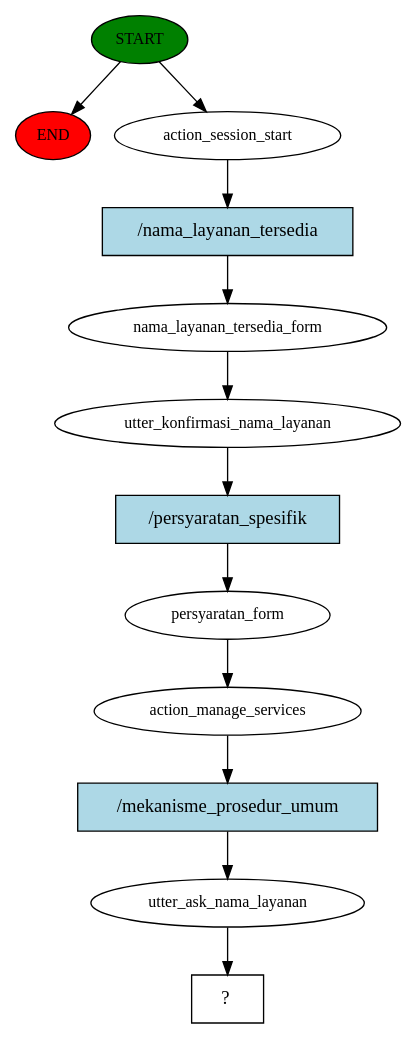
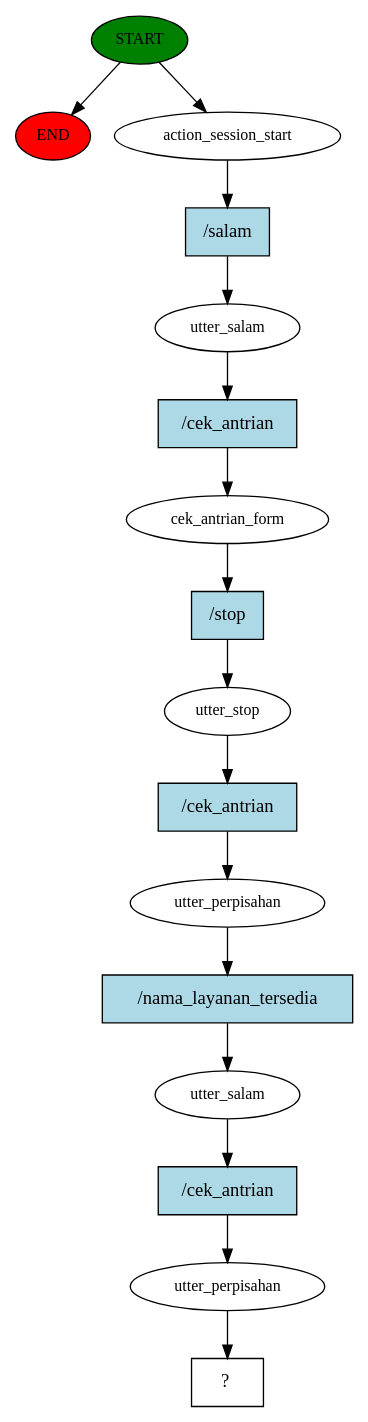
Before and after one commit to Fadlar/bot: the diagram in story_graph.dot, drawn with Graphviz. The commit also changed 10 other files, not shown here.

```diff
--- a/story_graph.dot
+++ b/story_graph.dot
@@ -1,25 +1,33 @@
 digraph  {
 0 [class="start active", fillcolor=green, fontsize=12, label=START, style=filled];
 "-1" [class=end, fillcolor=red, fontsize=12, label=END, style=filled];
 1 [class=active, fontsize=12, label=action_session_start];
-2 [class=active, fontsize=12, label=nama_layanan_tersedia_form];
-3 [class=active, fontsize=12, label=utter_konfirmasi_nama_layanan];
-4 [class=active, fontsize=12, label=persyaratan_form];
-5 [class=active, fontsize=12, label=action_manage_services];
-6 [class=active, fontsize=12, label=utter_ask_nama_layanan];
-7 [class="intent dashed active", label="  ?  ", shape=rect];
-8 [class="intent active", fillcolor=lightblue, label="/nama_layanan_tersedia", shape=rect, style=filled];
-9 [class="intent active", fillcolor=lightblue, label="/persyaratan_spesifik", shape=rect, style=filled];
-10 [class="intent active", fillcolor=lightblue, label="/mekanisme_prosedur_umum", shape=rect, style=filled];
+2 [class=active, fontsize=12, label=utter_salam];
+3 [class=active, fontsize=12, label=cek_antrian_form];
+4 [class=active, fontsize=12, label=utter_stop];
+5 [class=active, fontsize=12, label=utter_perpisahan];
+6 [class=active, fontsize=12, label=utter_salam];
+7 [class=active, fontsize=12, label=utter_perpisahan];
+8 [class="intent dashed active", label="  ?  ", shape=rect];
+9 [class="intent active", fillcolor=lightblue, label="/salam", shape=rect, style=filled];
+10 [class="intent active", fillcolor=lightblue, label="/cek_antrian", shape=rect, style=filled];
+11 [class="intent active", fillcolor=lightblue, label="/stop", shape=rect, style=filled];
+12 [class="intent active", fillcolor=lightblue, label="/cek_antrian", shape=rect, style=filled];
+13 [class="intent active", fillcolor=lightblue, label="/nama_layanan_tersedia", shape=rect, style=filled];
+14 [class="intent active", fillcolor=lightblue, label="/cek_antrian", shape=rect, style=filled];
 0 -> "-1"  [class="", key=NONE, label=""];
 0 -> 1  [class=active, key=NONE, label=""];
-1 -> 8  [class=active, key=0];
-2 -> 3  [class=active, key=NONE, label=""];
-3 -> 9  [class=active, key=0];
-4 -> 5  [class=active, key=NONE, label=""];
-5 -> 10  [class=active, key=0];
-6 -> 7  [class=active, key=NONE, label=""];
-8 -> 2  [class=active, key=0];
-9 -> 4  [class=active, key=0];
-10 -> 6  [class=active, key=0];
+1 -> 9  [class=active, key=0];
+2 -> 10  [class=active, key=0];
+3 -> 11  [class=active, key=0];
+4 -> 12  [class=active, key=0];
+5 -> 13  [class=active, key=0];
+6 -> 14  [class=active, key=0];
+7 -> 8  [class=active, key=NONE, label=""];
+9 -> 2  [class=active, key=0];
+10 -> 3  [class=active, key=0];
+11 -> 4  [class=active, key=0];
+12 -> 5  [class=active, key=0];
+13 -> 6  [class=active, key=0];
+14 -> 7  [class=active, key=0];
 }
```
